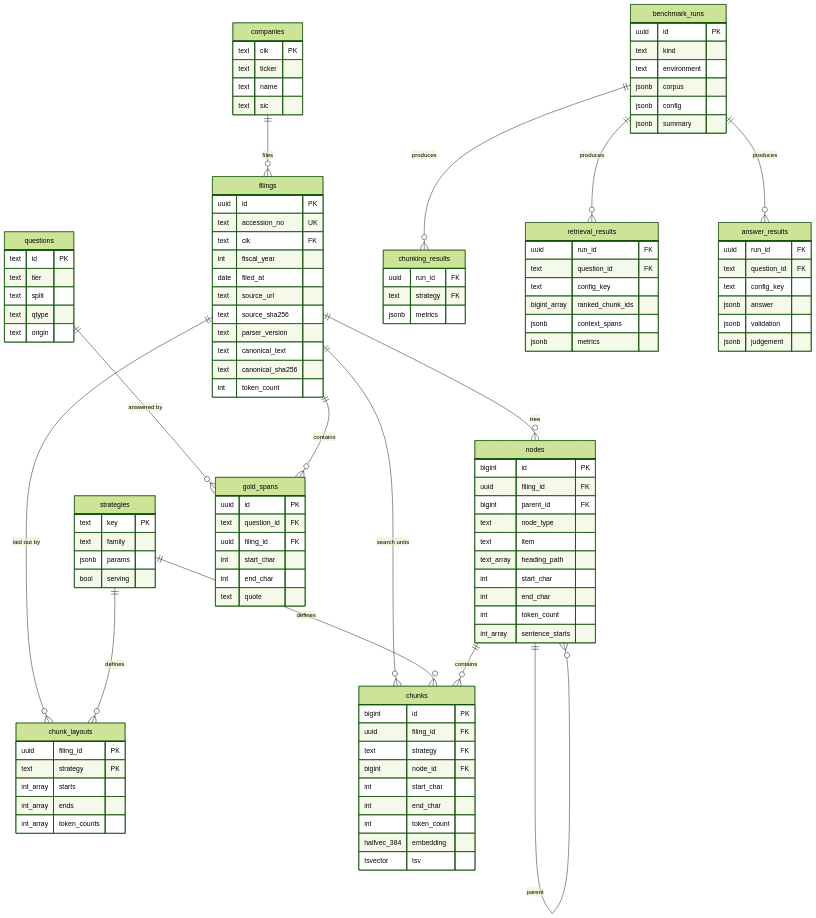
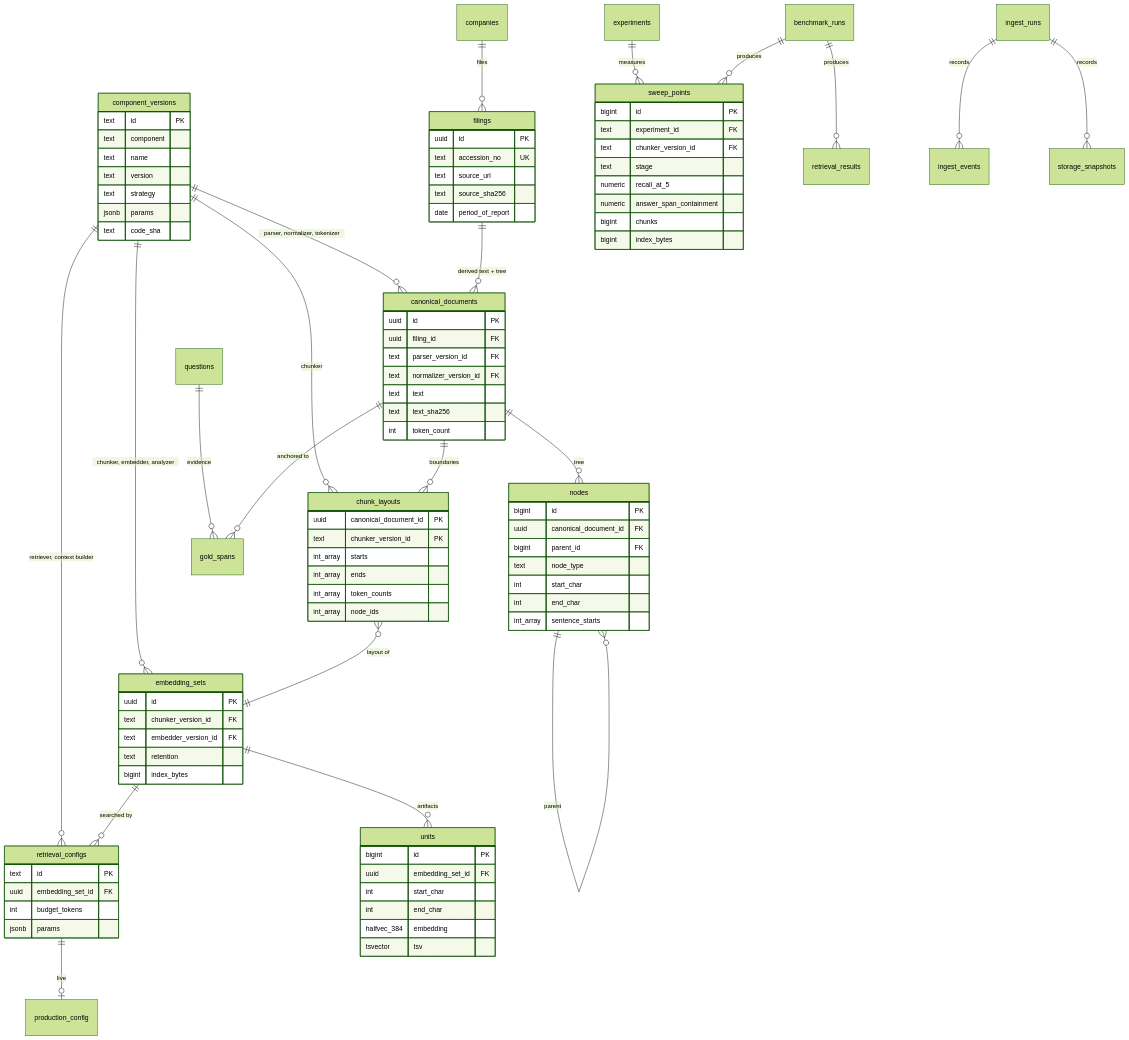
One commit to conradlotz/chunking-rag-system changed the seventh of 8 diagrams in docs/ARCHITECTURE.md. Above: the diagram before and after it, drawn with Mermaid (forest theme). The commit also changed other lines of this file and 8 other files, not shown here.

First line of the commit message:
Parameterise chunking strategies and add tuning sweeps

````diff
--- a/docs/ARCHITECTURE.md
+++ b/docs/ARCHITECTURE.md
@@ -380,116 +442,97 @@
 ```mermaid
 erDiagram
+    component_versions ||--o{ canonical_documents : "parser, normalizer, tokenizer"
+    component_versions ||--o{ chunk_layouts : chunker
+    component_versions ||--o{ embedding_sets : "chunker, embedder, analyzer"
+    component_versions ||--o{ retrieval_configs : "retriever, context builder"
     companies ||--o{ filings : files
-    filings ||--o{ nodes : "tree"
+    filings ||--o{ canonical_documents : "derived text + tree"
+    canonical_documents ||--o{ nodes : tree
     nodes ||--o{ nodes : parent
-    filings ||--o{ chunk_layouts : "laid out by"
-    strategies ||--o{ chunk_layouts : defines
-    filings ||--o{ chunks : "search units"
-    strategies ||--o{ chunks : defines
-    nodes ||--o{ chunks : contains
-    questions ||--o{ gold_spans : "answered by"
-    filings ||--o{ gold_spans : contains
-    benchmark_runs ||--o{ chunking_results : produces
+    canonical_documents ||--o{ chunk_layouts : "boundaries"
+    chunk_layouts }o--|| embedding_sets : "layout of"
+    embedding_sets ||--o{ units : artifacts
+    embedding_sets ||--o{ retrieval_configs : "searched by"
+    retrieval_configs ||--o| production_config : live
+    questions ||--o{ gold_spans : "evidence"
+    canonical_documents ||--o{ gold_spans : "anchored to"
+    experiments ||--o{ sweep_points : measures
+    benchmark_runs ||--o{ sweep_points : produces
     benchmark_runs ||--o{ retrieval_results : produces
-    benchmark_runs ||--o{ answer_results : produces
+    ingest_runs ||--o{ ingest_events : records
+    ingest_runs ||--o{ storage_snapshots : records
 
-    companies {
-        text cik PK
-        text ticker
+    component_versions {
+        text id PK
+        text component
         text name
-        text sic
+        text version
+        text strategy
+        jsonb params
+        text code_sha
     }
     filings {
         uuid id PK
         text accession_no UK
-        text cik FK
-        int fiscal_year
-        date filed_at
         text source_url
         text source_sha256
-        text parser_version
-        text canonical_text
-        text canonical_sha256
+        date period_of_report
+    }
+    canonical_documents {
+        uuid id PK
+        uuid filing_id FK
+        text parser_version_id FK
+        text normalizer_version_id FK
+        text text
+        text text_sha256
         int token_count
     }
     nodes {
         bigint id PK
-        uuid filing_id FK
+        uuid canonical_document_id FK
         bigint parent_id FK
         text node_type
-        text item
-        text_array heading_path
         int start_char
         int end_char
-        int token_count
         int_array sentence_starts
     }
-    strategies {
-        text key PK
-        text family
-        jsonb params
-        bool serving
-    }
     chunk_layouts {
-        uuid filing_id PK
-        text strategy PK
+        uuid canonical_document_id PK
+        text chunker_version_id PK
         int_array starts
         int_array ends
         int_array token_counts
+        int_array node_ids
     }
-    chunks {
+    embedding_sets {
+        uuid id PK
+        text chunker_version_id FK
+        text embedder_version_id FK
+        text retention
+        bigint index_bytes
+    }
+    units {
         bigint id PK
-        uuid filing_id FK
-        text strategy FK
-        bigint node_id FK
+        uuid embedding_set_id FK
         int start_char
         int end_char
-        int token_count
         halfvec_384 embedding
         tsvector tsv
     }
-    questions {
+    retrieval_configs {
         text id PK
-        text tier
-        text split
-        text qtype
-        text origin
+        uuid embedding_set_id FK
+        int budget_tokens
+        jsonb params
     }
-    gold_spans {
-        uuid id PK
-        text question_id FK
-        uuid filing_id FK
-        int start_char
-        int end_char
-        text quote
-    }
-    benchmark_runs {
-        uuid id PK
-        text kind
-        text environment
-        jsonb corpus
-        jsonb config
-        jsonb summary
-    }
-    chunking_results {
-        uuid run_id FK
-        text strategy FK
-        jsonb metrics
-    }
-    retrieval_results {
-        uuid run_id FK
-        text question_id FK
-        text config_key
-        bigint_array ranked_chunk_ids
-        jsonb context_spans
-        jsonb metrics
-    }
-    answer_results {
-        uuid run_id FK
-        text question_id FK
-        text config_key
-        jsonb answer
-        jsonb validation
-        jsonb judgement
+    sweep_points {
+        bigint id PK
+        text experiment_id FK
+        text chunker_version_id FK
+        text stage
+        numeric recall_at_5
+        numeric answer_span_containment
+        bigint chunks
+        bigint index_bytes
     }
 ```
````
